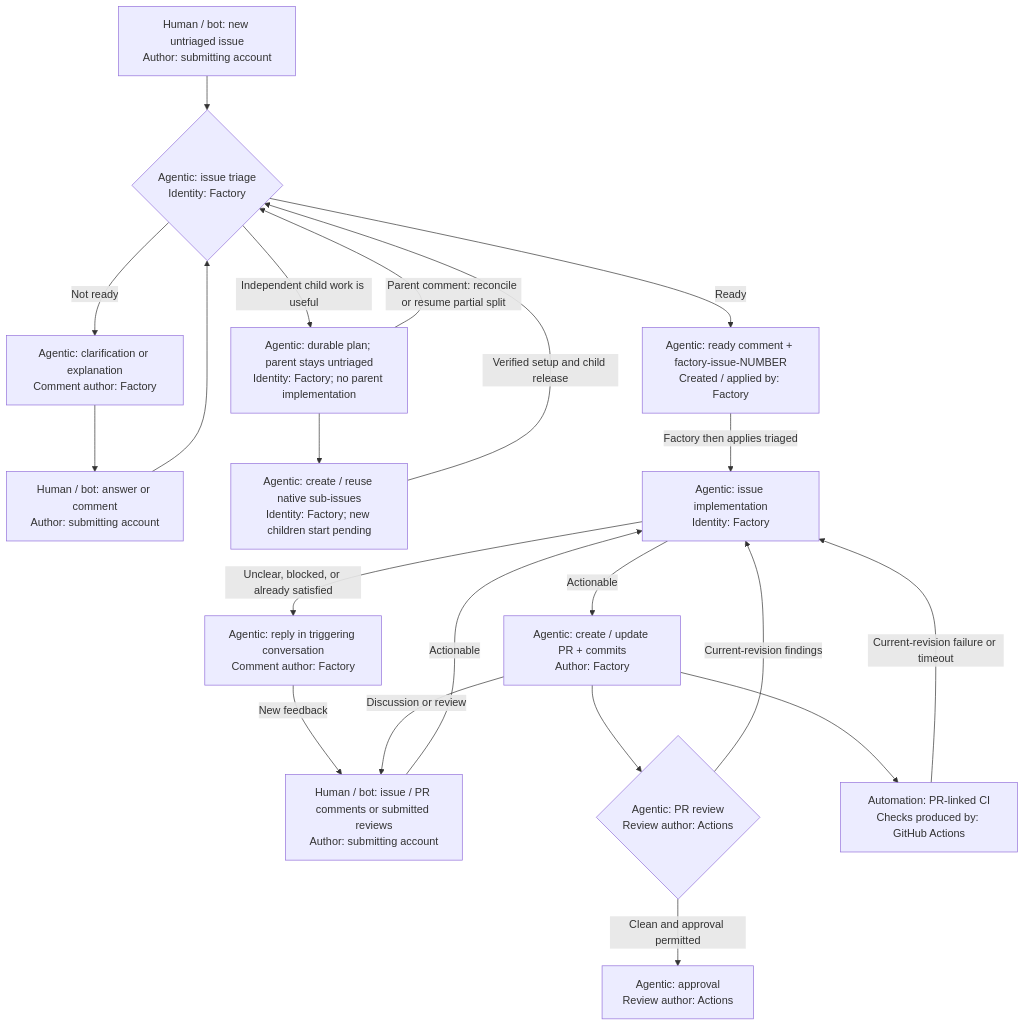
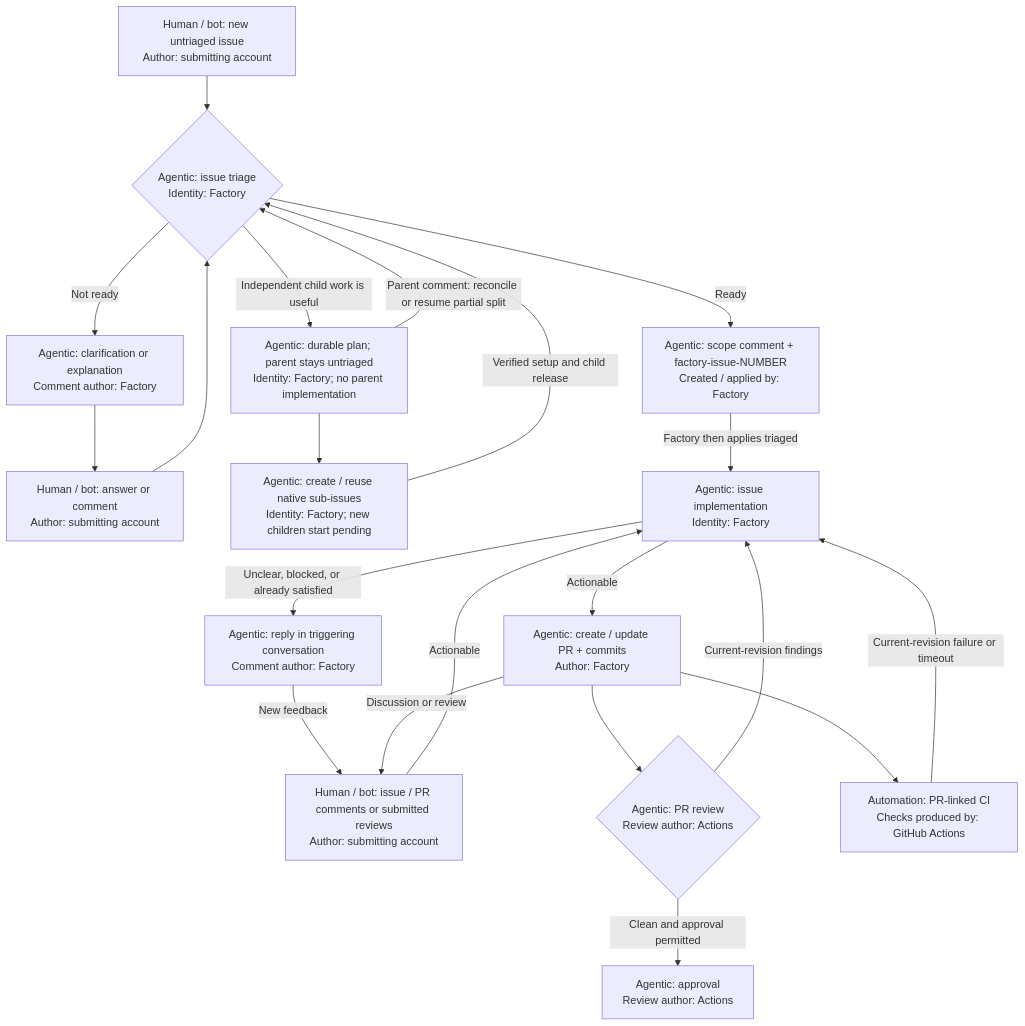
The diagram in README.md (VasiliyNovikov/Factory), drawn with Mermaid before and after one commit. The commit also changed other lines of this file and 4 other files, not shown here.

````diff
--- a/README.md
+++ b/README.md
@@ -24,23 +24,23 @@
 ```mermaid
 flowchart TD
     issue["Human / bot: new untriaged issue<br/>Author: submitting account"] --> triage{"Agentic: issue triage<br/>Identity: Factory"}
     triage -->|Not ready| clarification["Agentic: clarification or explanation<br/>Comment author: Factory"]
     clarification --> answer["Human / bot: answer or comment<br/>Author: submitting account"]
     answer --> triage
     triage -->|Independent child work is useful| decomposition["Agentic: durable plan; parent stays untriaged<br/>Identity: Factory; no parent implementation"]
     decomposition --> children["Agentic: create / reuse native sub-issues<br/>Identity: Factory; new children start pending"]
     children -->|Verified setup and child release| triage
     decomposition -->|Parent comment: reconcile or resume partial split| triage
-    triage -->|Ready| tracking["Agentic: ready comment + factory-issue-NUMBER<br/>Created / applied by: Factory"]
+    triage -->|Ready| tracking["Agentic: scope comment + factory-issue-NUMBER<br/>Created / applied by: Factory"]
     tracking -->|Factory then applies triaged| implementation["Agentic: issue implementation<br/>Identity: Factory"]
     implementation -->|Actionable| pr["Agentic: create / update PR + commits<br/>Author: Factory"]
     implementation -->|Unclear, blocked, or already satisfied| reply["Agentic: reply in triggering conversation<br/>Comment author: Factory"]
     reply -->|New feedback| feedback["Human / bot: issue / PR comments or submitted reviews<br/>Author: submitting account"]
     feedback -->|Actionable| implementation
     pr --> review{"Agentic: PR review<br/>Review author: Actions"}
     review -->|Current-revision findings| implementation
     review -->|Clean and approval permitted| approval["Agentic: approval<br/>Review author: Actions"]
     pr --> ci["Automation: PR-linked CI<br/>Checks produced by: GitHub Actions"]
     pr -->|Discussion or review| feedback
     ci -->|Current-revision failure or timeout| implementation
 ```
````
